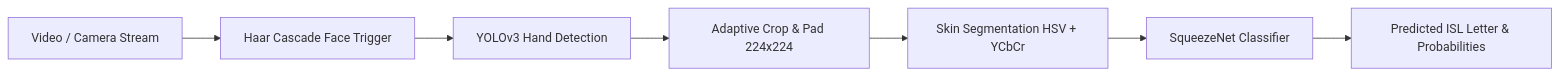
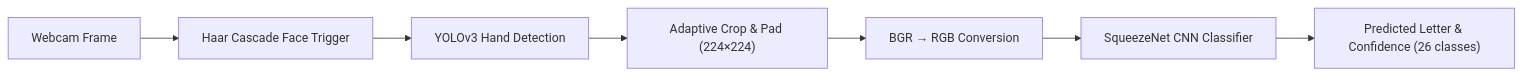
One commit to PavanAksshay/pavan_sign_language changed the first of 2 diagrams in README.md. Above: the diagram before and after it, drawn with Mermaid. The commit also changed other lines of this file and 248 other files, not shown here.

First line of the commit message:
feat: upgrade to 26-letter + 50-word dual-mode ISL translator

````diff
--- a/README.md
+++ b/README.md
@@ -30,9 +36,9 @@
 ```mermaid
 graph LR
-    A[Video / Camera Stream] --> B[Haar Cascade Face Trigger]
+    A[Webcam Frame] --> B[Haar Cascade Face Trigger]
     B --> C[YOLOv3 Hand Detection]
-    C --> D[Adaptive Crop & Pad 224x224]
-    D --> E[Skin Segmentation HSV + YCbCr]
-    E --> F[SqueezeNet Classifier]
-    F --> G[Predicted ISL Letter & Probabilities]
+    C --> D["Adaptive Crop & Pad (224×224)"]
+    D --> E[BGR → RGB Conversion]
+    E --> F[SqueezeNet CNN Classifier]
+    F --> G["Predicted Letter & Confidence (26 classes)"]
 ```
````
